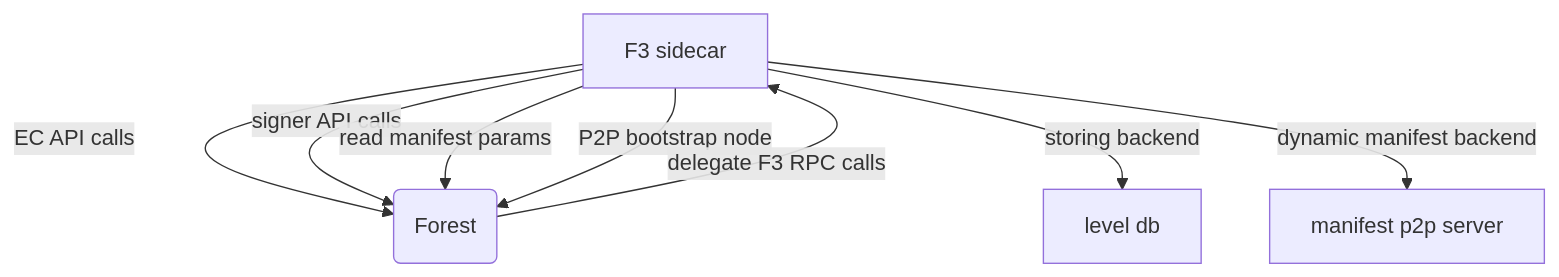
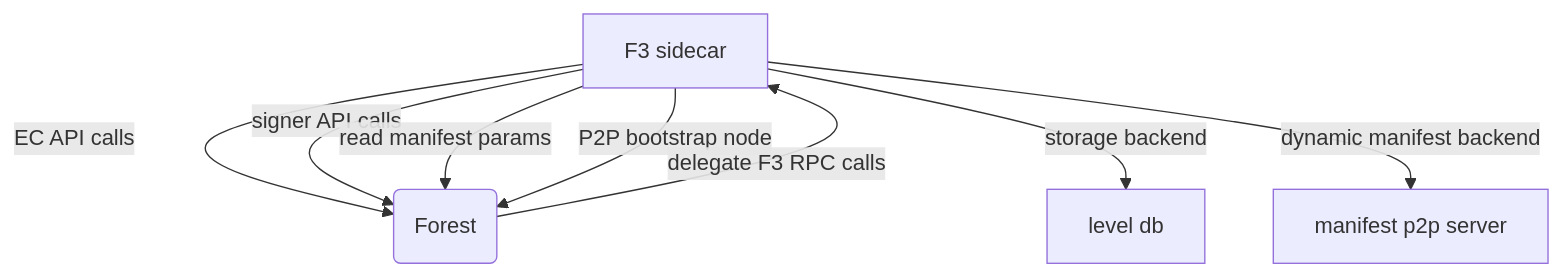
One commit to ChainSafe/forest changed the diagram in f3-sidecar/README.md. Above: the diagram before and after it, drawn with Mermaid. The commit also changed other lines of this file, not shown here.

````diff
--- a/f3-sidecar/README.md
+++ b/f3-sidecar/README.md
@@ -18,10 +40,10 @@
 ```mermaid
 flowchart TD
     A[F3 sidecar] -->|EC API calls| B(Forest)
     A --> |signer API calls| B
     A --> |read manifest params| B
     A --> |P2P bootstrap node| B
     B --> |delegate F3 RPC calls| A
-    A --> |storing backend| C[level db]
+    A --> |storage backend| C[level db]
     A --> |dynamic manifest backend| D[manifest p2p server]
 ```
````
